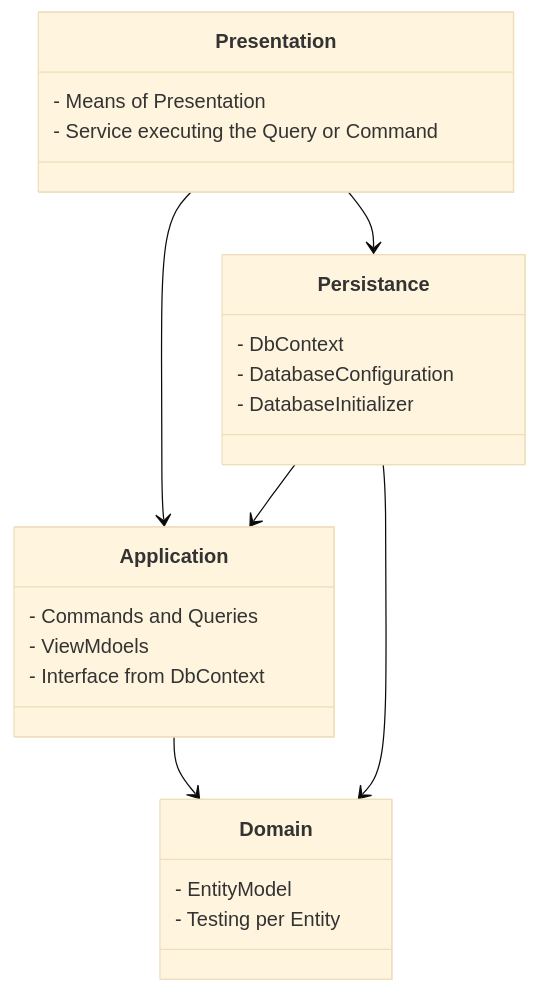
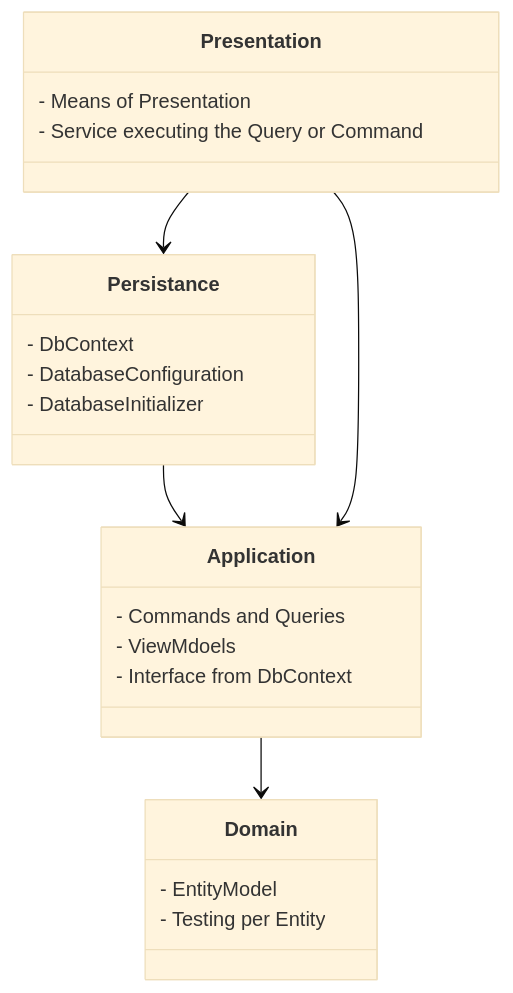
Before and after one commit to vanarkel/Clean-Architecture-Example: the diagram in README.md, drawn with Mermaid (base theme). The commit also changed 2 other files, not shown here.

Commit message:
Changed the persistence reference

````diff
--- a/README.md
+++ b/README.md
@@ -10,30 +10,29 @@
 ```mermaid
 classDiagram
 	Application-->Domain
 	Persistance-->Application
-	Persistance-->Domain
 	Presentation-->Application
 	Presentation-->Persistance
 	
 	class Domain{
 		- EntityModel
 		- Testing per Entity
 	}
 	
 	class Persistance{
 		- DbContext
 		- DatabaseConfiguration
 		- DatabaseInitializer
 	}
 	
 	class Application{
 		- Commands and Queries
 		- ViewMdoels
 		- Interface from DbContext
 	}
 	
 	class Presentation{
 		- Means of Presentation
 		- Service executing the Query or Command
 	}
 ```
````
